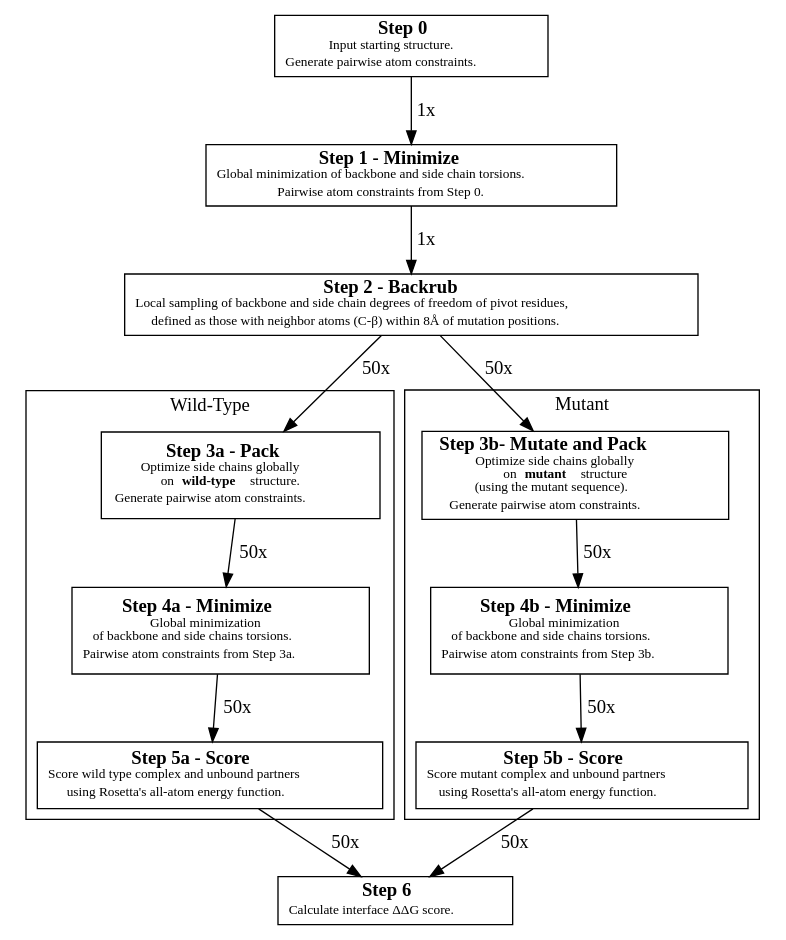
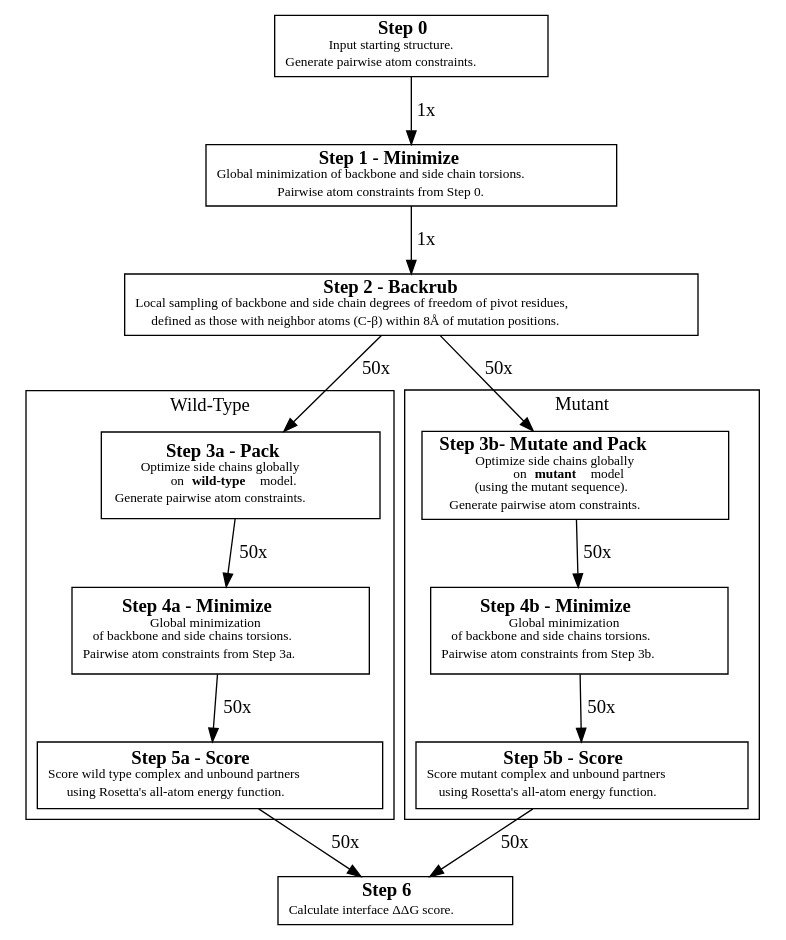
One commit to Kortemme-Lab/flex_ddG_analysis changed the diagram in figures/fig-overview.dot. Above: the diagram before and after it, drawn with Graphviz. The commit also changed 5 other files, not shown here.

```diff
--- a/figures/fig-overview.dot
+++ b/figures/fig-overview.dot
@@ -1,80 +1,80 @@
 digraph cluster{
 rankdir=TB;
 forcelabels=true;
 
 step0 [label=< <B>Step 0</B> <BR/><FONT POINT-SIZE="10">
 Input starting structure.<BR/>
 Generate pairwise atom constraints.
 </FONT> >, shape=box];
 
 step1 [label=< <B>Step 1 - Minimize</B> <BR/><FONT POINT-SIZE="10">
 Global minimization of backbone and side chain torsions.<BR/>
 Pairwise atom constraints from Step 0.
 </FONT> >, shape=box];
 
 step2 [label=< <B>Step 2 - Backrub</B> <BR/><FONT POINT-SIZE="10">
 Local sampling of backbone and side chain degrees of freedom of pivot residues,<BR/>
 defined as those with neighbor atoms (C-β) within 8Å of mutation positions.
 </FONT> >, shape=box];
 
 step3a [label=< <B>Step 3a - Pack</B> <BR/><FONT POINT-SIZE="10">
 Optimize side chains globally<BR/>
-on <B>wild-type</B> structure.<BR/>
+on <B>wild-type</B> model.<BR/>
 Generate pairwise atom constraints.
 </FONT> >, shape=box, width = 2.9, height = 0.9];
 
 step3b [label=< <B>Step 3b- Mutate and Pack</B> <BR/><FONT POINT-SIZE="10">
 Optimize side chains globally<BR/>
-on <B>mutant</B> structure<BR/>
+on <B>mutant</B> model<BR/>
 (using the mutant sequence).<BR/>
 Generate pairwise atom constraints.
 </FONT> >, shape=box, width = 2.9, height = 0.9];
 
 step4a [label=< <B>Step 4a - Minimize</B> <BR/><FONT POINT-SIZE="10">
 Global minimization <BR/>
 of backbone and side chains torsions.<BR/>
 Pairwise atom constraints from Step 3a.
 </FONT> >, shape=box, width = 2.9, height = 0.9];
 
 step4b [label=< <B>Step 4b - Minimize</B> <BR/><FONT POINT-SIZE="10">
 Global minimization <BR/>
 of backbone and side chains torsions.<BR/>
 Pairwise atom constraints from Step 3b.
 </FONT> >, shape=box, width = 2.9, height = 0.9];
 
 step5a [label=< <B>Step 5a - Score</B> <BR/><FONT POINT-SIZE="10">
 Score wild type complex and unbound partners<BR/>
 using Rosetta's all-atom energy function.
 </FONT> >, shape=box, width = 2.9, height = 0.7];
 
 step5b [label=< <B>Step 5b - Score</B> <BR/><FONT POINT-SIZE="10">
 Score mutant complex and unbound partners<BR/>
 using Rosetta's all-atom energy function.
 </FONT> >, shape=box, width = 2.9, height = 0.7];
 
 step6 [label=< <B>Step 6</B> <BR/><FONT POINT-SIZE="10">
 Calculate interface ΔΔG score.
 </FONT> >, shape=box];
 
 step0 -> step1 [label = " 1x"];
 step1 -> step2 [label = " 1x"];
 step2 -> step3a [label = " 50x"];
 step2 -> step3b [label = " 50x"];
 
 subgraph cluster0 {
 step3a -> step4a [label = " 50x"];
 step4a -> step5a [label = " 50x"];
 label = "Wild-Type";
 }
 subgraph cluster1 {
 step3b -> step4b [label = " 50x"];
 step4b -> step5b [label = " 50x"];
 label = "Mutant";
 }
 
 step5a -> step6 [label = " 50x"];
 step5b -> step6 [label = " 50x"];
 
 # step2 -> step6;
 
 }
```
